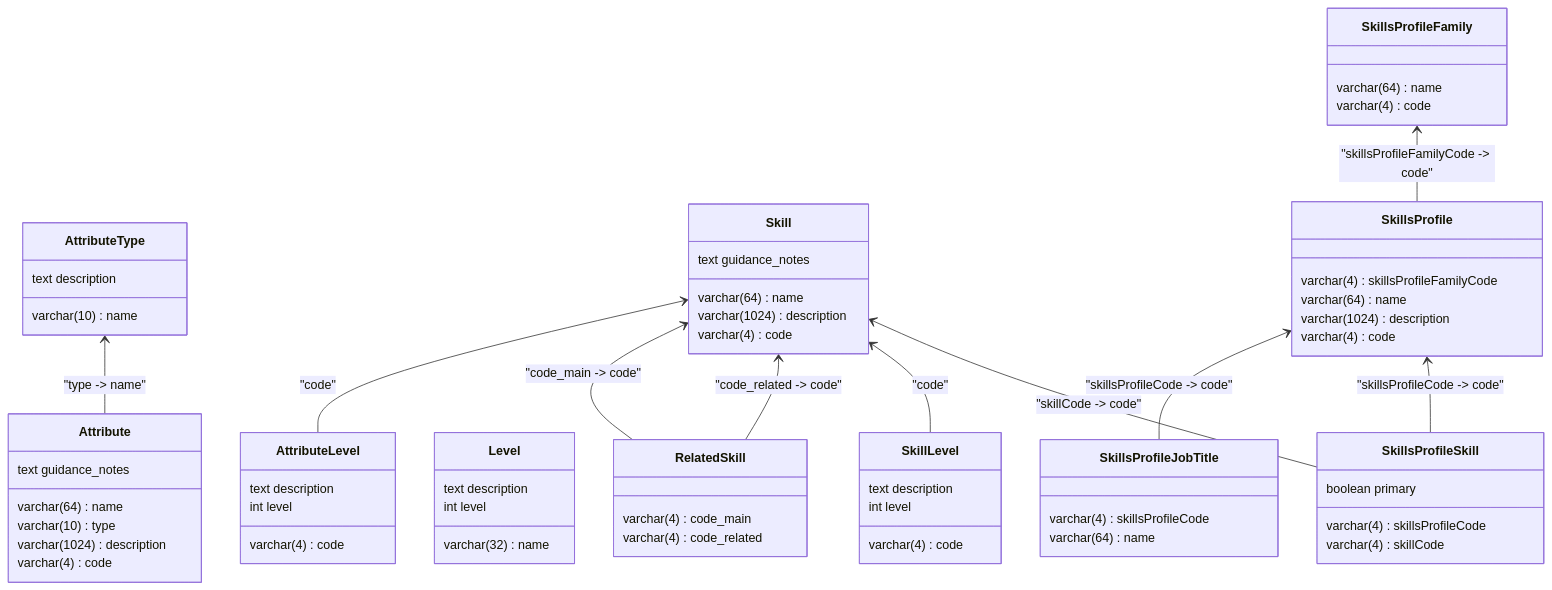
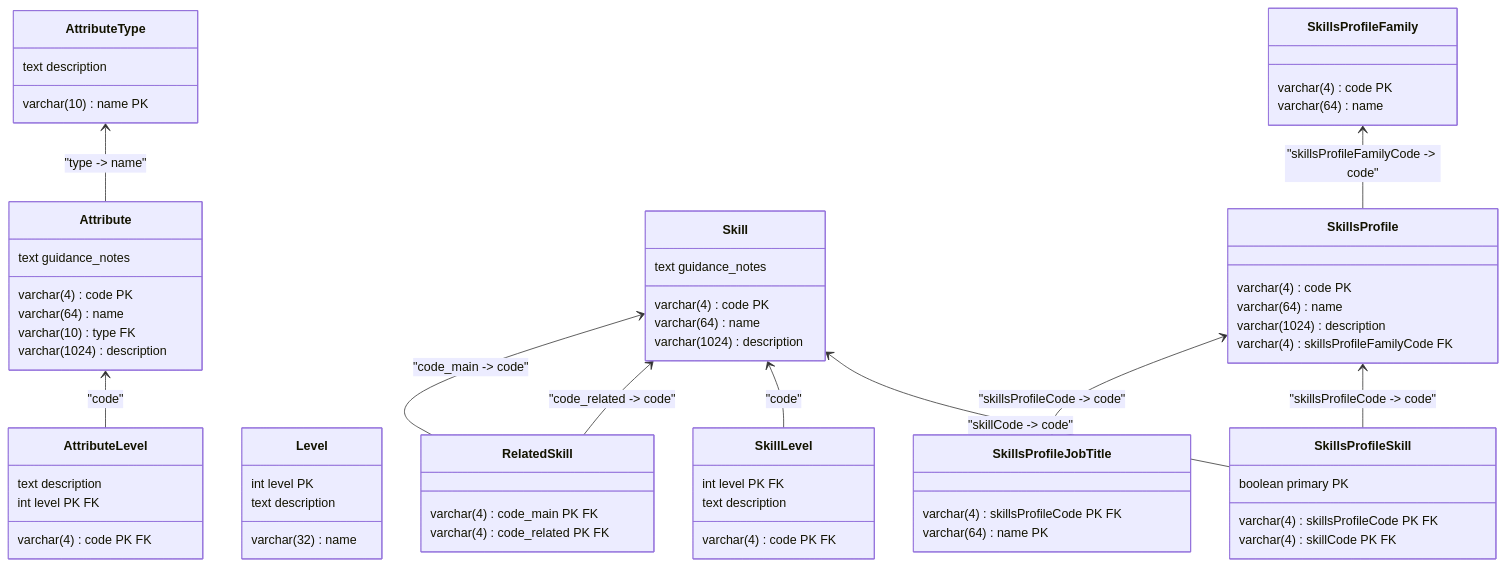
The diagram in README.md (jankudev/sfia-tools), drawn with Mermaid before and after one commit. The commit also changed 1 other file, not shown here.

Commit message:
fix: db er schema in readme.md - bad relations

````diff
--- a/README.md
+++ b/README.md
@@ -86,80 +86,80 @@
 ```mermaid
 classDiagram
 direction BT
 
 class Attribute {
+   varchar(4) code PK
    varchar(64) name
-   varchar(10) type
+   varchar(10) type FK
    varchar(1024) description
    text guidance_notes
-   varchar(4) code
 }
 
 class AttributeLevel {
    text description
-   varchar(4) code
-   int level
+   varchar(4) code PK FK
+   int level PK FK
 }
 
 class AttributeType {
+   varchar(10) name PK
    text description
-   varchar(10) name
 }
 
 class Level {
+   int level PK
    varchar(32) name
    text description
-   int level
 }
 
 class RelatedSkill {
-   varchar(4) code_main
-   varchar(4) code_related
+   varchar(4) code_main PK FK
+   varchar(4) code_related PK FK
 }
 
 class Skill {
+   varchar(4) code PK
    varchar(64) name
    varchar(1024) description
    text guidance_notes
-   varchar(4) code
 }
 
 class SkillLevel {
+   varchar(4) code PK FK
+   int level PK FK
    text description
-   varchar(4) code
-   int level
 }
 
 class SkillsProfile {
-   varchar(4) skillsProfileFamilyCode
+   varchar(4) code PK
    varchar(64) name
    varchar(1024) description
-   varchar(4) code
+   varchar(4) skillsProfileFamilyCode FK
 }
 
 class SkillsProfileFamily {
+   varchar(4) code PK
    varchar(64) name
-   varchar(4) code
 }
 
 class SkillsProfileJobTitle {
-   varchar(4) skillsProfileCode
-   varchar(64) name
+   varchar(4) skillsProfileCode PK FK
+   varchar(64) name PK
 }
 
 class SkillsProfileSkill {
-   varchar(4) skillsProfileCode
-   varchar(4) skillCode
-   boolean primary
+   varchar(4) skillsProfileCode PK FK
+   varchar(4) skillCode PK FK
+   boolean primary PK
 }
 
 Attribute --> AttributeType : "type -> name"
-AttributeLevel --> Skill : "code"
+AttributeLevel --> Attribute : "code"
 RelatedSkill --> Skill : "code_main -> code"
 RelatedSkill --> Skill : "code_related -> code"
 SkillLevel --> Skill : "code"
 SkillsProfile --> SkillsProfileFamily : "skillsProfileFamilyCode -> code"
 SkillsProfileJobTitle --> SkillsProfile : "skillsProfileCode -> code"
 SkillsProfileSkill --> Skill : "skillCode -> code"
 SkillsProfileSkill --> SkillsProfile : "skillsProfileCode -> code"
 ```
````
